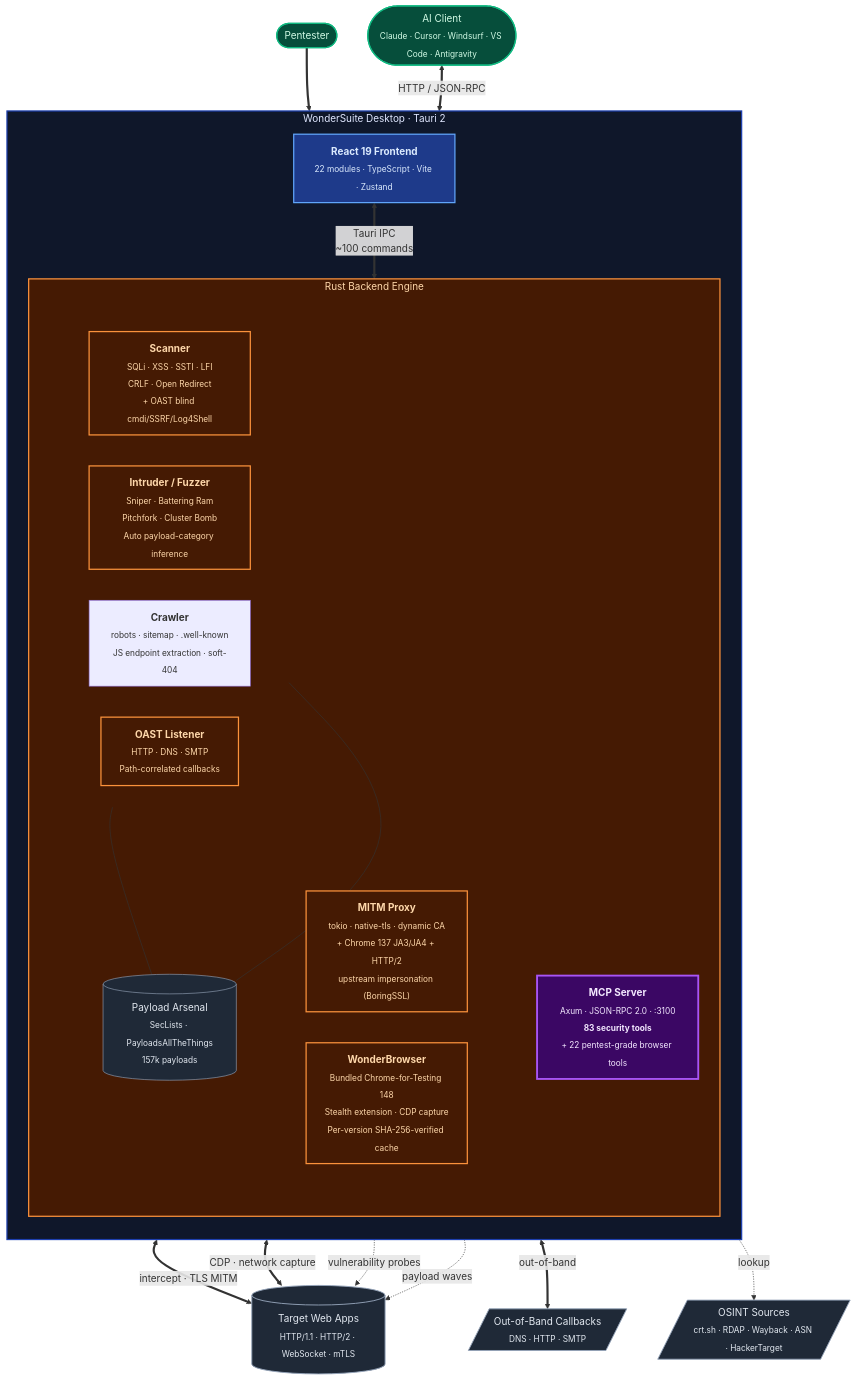
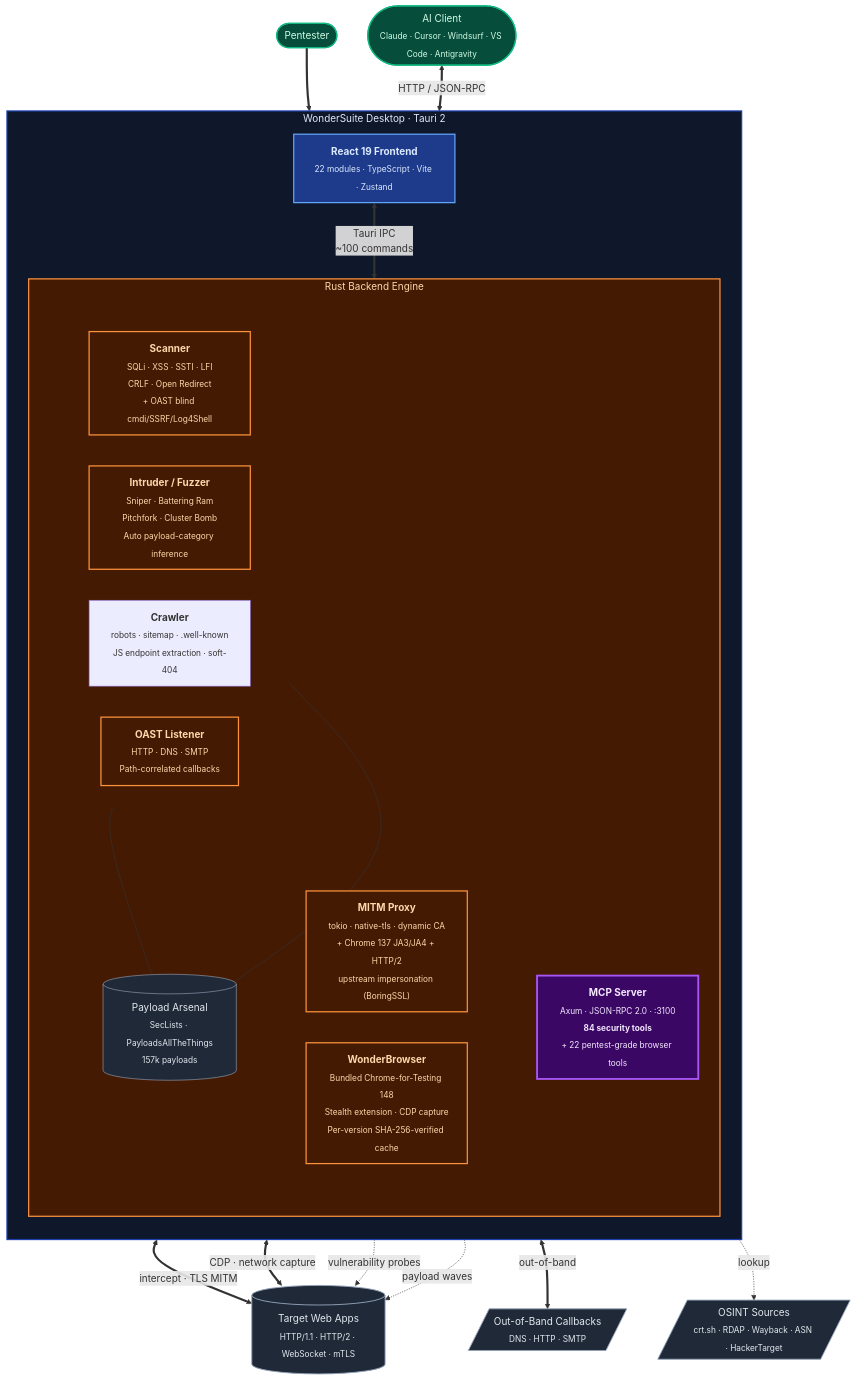
Before and after one commit to sfr-development/WonderSuite-Ai-Bug-Bounty: the diagram in README.md, drawn with Mermaid. The commit also changed other lines of this file, not shown here.

````diff
--- a/README.md
+++ b/README.md
@@ -181,69 +181,69 @@
 ```mermaid
 flowchart TB
     pentester(["Pentester"])
     ai(["AI Client<br/><sub>Claude · Cursor · Windsurf · VS Code · Antigravity</sub>"])
 
     subgraph DT["WonderSuite Desktop · Tauri 2"]
         direction TB
 
         FE["<b>React 19 Frontend</b><br/><sub>22 modules · TypeScript · Vite · Zustand</sub>"]
 
         FE <==>|"Tauri IPC<br/>~100 commands"| BE
 
         subgraph BE["Rust Backend Engine"]
             direction TB
 
             subgraph CORE[" "]
                 direction LR
                 Proxy["<b>MITM Proxy</b><br/><sub>tokio · native-tls · dynamic CA<br/>+ Chrome 137 JA3/JA4 + HTTP/2<br/>upstream impersonation (BoringSSL)</sub>"]
                 Browser["<b>WonderBrowser</b><br/><sub>Bundled Chrome-for-Testing 148<br/>Stealth extension · CDP capture<br/>Per-version SHA-256-verified cache</sub>"]
             end
 
             subgraph TOOLS[" "]
                 direction LR
                 Scanner["<b>Scanner</b><br/><sub>SQLi · XSS · SSTI · LFI<br/>CRLF · Open Redirect<br/>+ OAST blind cmdi/SSRF/Log4Shell</sub>"]
                 Intruder["<b>Intruder / Fuzzer</b><br/><sub>Sniper · Battering Ram<br/>Pitchfork · Cluster Bomb<br/>Auto payload-category inference</sub>"]
                 Crawler["<b>Crawler</b><br/><sub>robots · sitemap · .well-known<br/>JS endpoint extraction · soft-404</sub>"]
                 OAST["<b>OAST Listener</b><br/><sub>HTTP · DNS · SMTP<br/>Path-correlated callbacks</sub>"]
             end
 
-            MCP["<b>MCP Server</b><br/><sub>Axum · JSON-RPC 2.0 · :3100<br/><b>83 security tools</b><br/>+ 22 pentest-grade browser tools</sub>"]
+            MCP["<b>MCP Server</b><br/><sub>Axum · JSON-RPC 2.0 · :3100<br/><b>84 security tools</b><br/>+ 22 pentest-grade browser tools</sub>"]
 
             Payloads[("Payload Arsenal<br/><sub>SecLists · PayloadsAllTheThings<br/>157k payloads</sub>")]
         end
     end
 
     target[("Target Web Apps<br/><sub>HTTP/1.1 · HTTP/2 · WebSocket · mTLS</sub>")]
     osint[/"OSINT Sources<br/><sub>crt.sh · RDAP · Wayback · ASN · HackerTarget</sub>"/]
     callbacks[/"Out-of-Band Callbacks<br/><sub>DNS · HTTP · SMTP</sub>"/]
 
     pentester ==> FE
     ai <==>|"HTTP / JSON-RPC"| MCP
 
     Proxy <==>|"intercept · TLS MITM"| target
     Browser <==>|"CDP · network capture"| target
     Scanner -.->|"vulnerability probes"| target
     Intruder -.->|"payload waves"| target
     OAST <==>|"out-of-band"| callbacks
     MCP -.->|"lookup"| osint
     Scanner --- Payloads
     Intruder --- Payloads
 
     classDef person fill:#064e3b,stroke:#10b981,stroke-width:2px,color:#d1fae5
     classDef desktop fill:#0f172a,stroke:#1e40af,stroke-width:2px,color:#e0e7ff
     classDef frontend fill:#1e3a8a,stroke:#60a5fa,stroke-width:2px,color:#dbeafe
     classDef engine fill:#451a03,stroke:#fb923c,stroke-width:2px,color:#fed7aa
     classDef mcp fill:#3b0764,stroke:#a855f7,stroke-width:3px,color:#f3e8ff
     classDef payload fill:#1f2937,stroke:#94a3b8,stroke-width:1px,color:#e2e8f0
     classDef external fill:#1f2937,stroke:#94a3b8,stroke-width:1.5px,color:#e2e8f0
     classDef hidden fill:transparent,stroke:transparent
 
     class pentester,ai person
     class DT desktop
     class FE frontend
     class BE,Proxy,Browser,Scanner,Intruder,OAST engine
     class MCP mcp
     class Payloads payload
     class target,osint,callbacks external
     class CORE,TOOLS hidden
 ```
````
